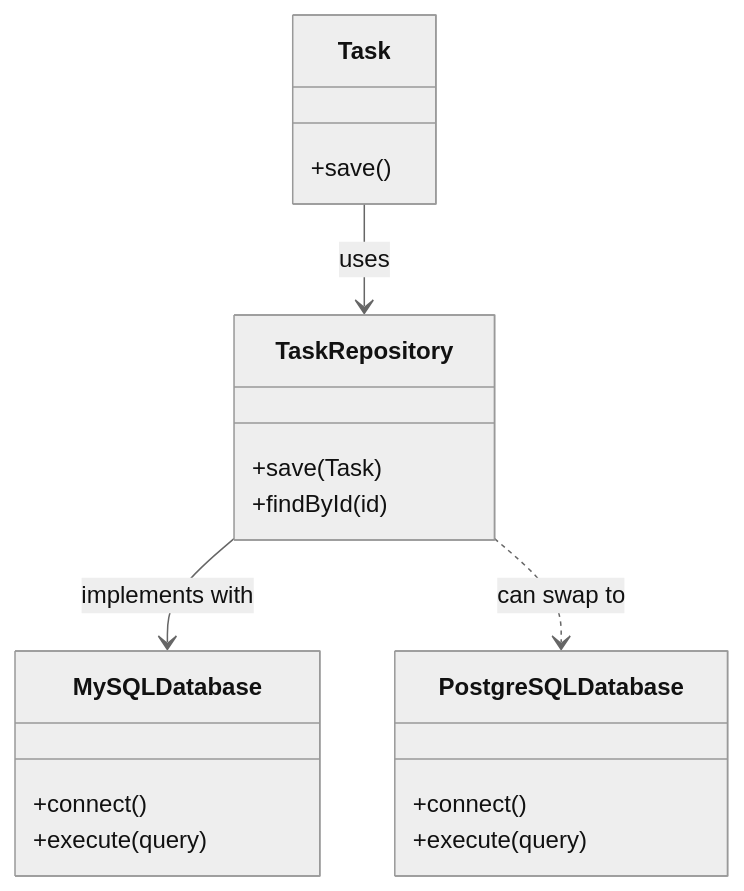
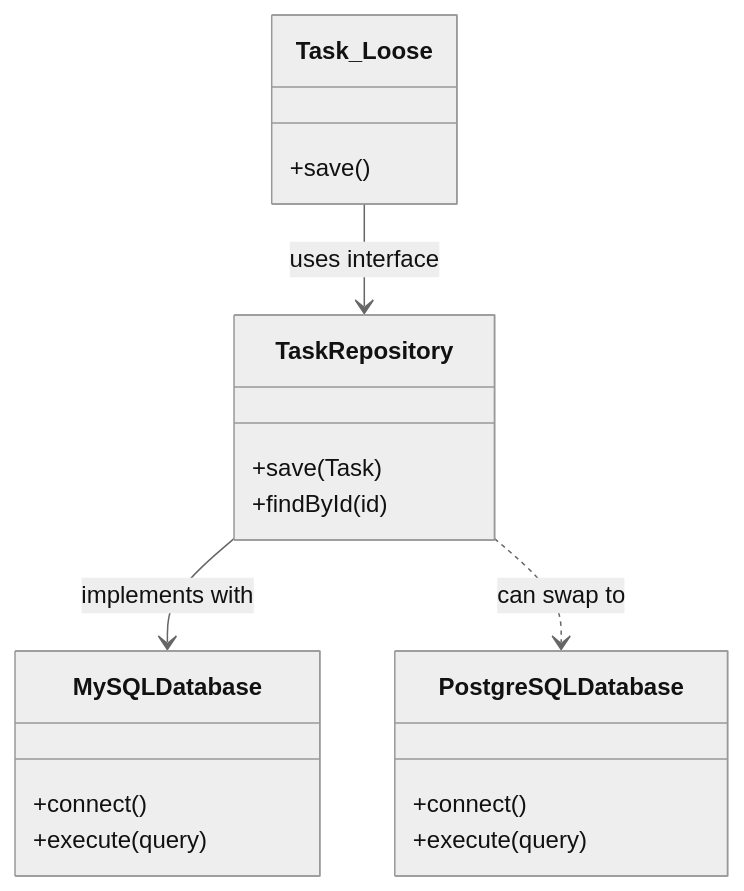
Before and after one commit to suli-g/stratum: the fourth of 10 diagrams in docs/level-1/L02.md, drawn with Mermaid (neutral theme). The commit also changed other lines of this file, not shown here.

````diff
--- a/docs/level-1/L02.md
+++ b/docs/level-1/L02.md
@@ -132,22 +129,22 @@
 ```{mermaid}
 classDiagram
-    class Task {
+    class Task_Loose {
         +save()
     }
     class TaskRepository {
         +save(Task)
         +findById(id)
     }
     class MySQLDatabase {
         +connect()
         +execute(query)
     }
     class PostgreSQLDatabase {
         +connect()
         +execute(query)
     }
-    
-    Task --> TaskRepository : uses
+
+    Task_Loose --> TaskRepository : uses interface
     TaskRepository --> MySQLDatabase : implements with
     TaskRepository ..> PostgreSQLDatabase : can swap to
 ```
````
